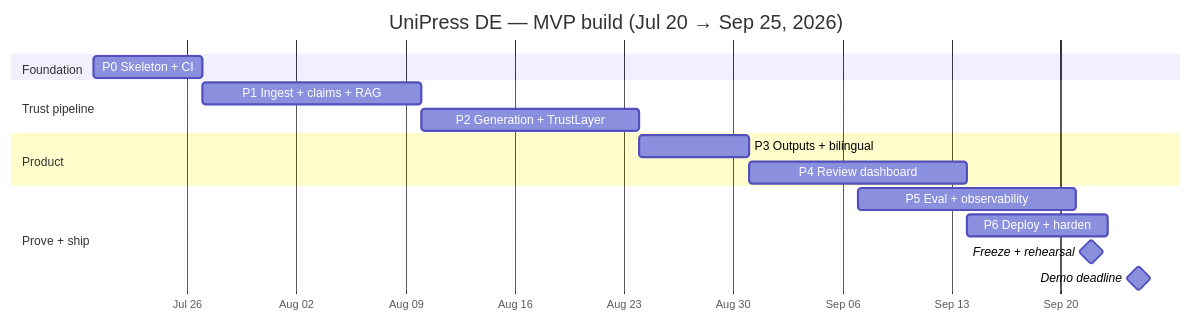
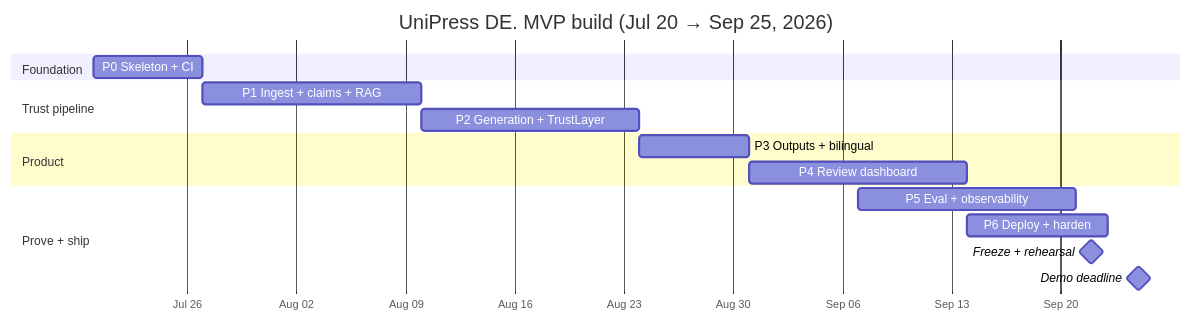
Before and after one commit to gilbert-mutai/unipress-de: the first of 2 diagrams in docs/08-dev-plan.md, drawn with Mermaid. The commit also changed other lines of this file and 80 other files, not shown here.

````diff
--- a/docs/08-dev-plan.md
+++ b/docs/08-dev-plan.md
@@ -44,23 +44,23 @@
 ```mermaid
 gantt
     dateFormat  YYYY-MM-DD
     axisFormat  %b %d
-    title UniPress DE — MVP build (Jul 20 → Sep 25, 2026)
+    title UniPress DE. MVP build (Jul 20 → Sep 25, 2026)
 
     section Foundation
     P0 Skeleton + CI            :p0, 2026-07-20, 7d
 
     section Trust pipeline
     P1 Ingest + claims + RAG    :p1, after p0, 14d
     P2 Generation + TrustLayer  :p2, after p1, 14d
 
     section Product
     P3 Outputs + bilingual      :p3, after p2, 7d
     P4 Review dashboard         :p4, after p3, 14d
 
     section Prove + ship
     P5 Eval + observability     :p5, 2026-09-07, 14d
     P6 Deploy + harden          :p6, 2026-09-14, 9d
     Freeze + rehearsal          :milestone, freeze, 2026-09-22, 0d
     Demo deadline               :milestone, dl, 2026-09-25, 0d
 ```
````
